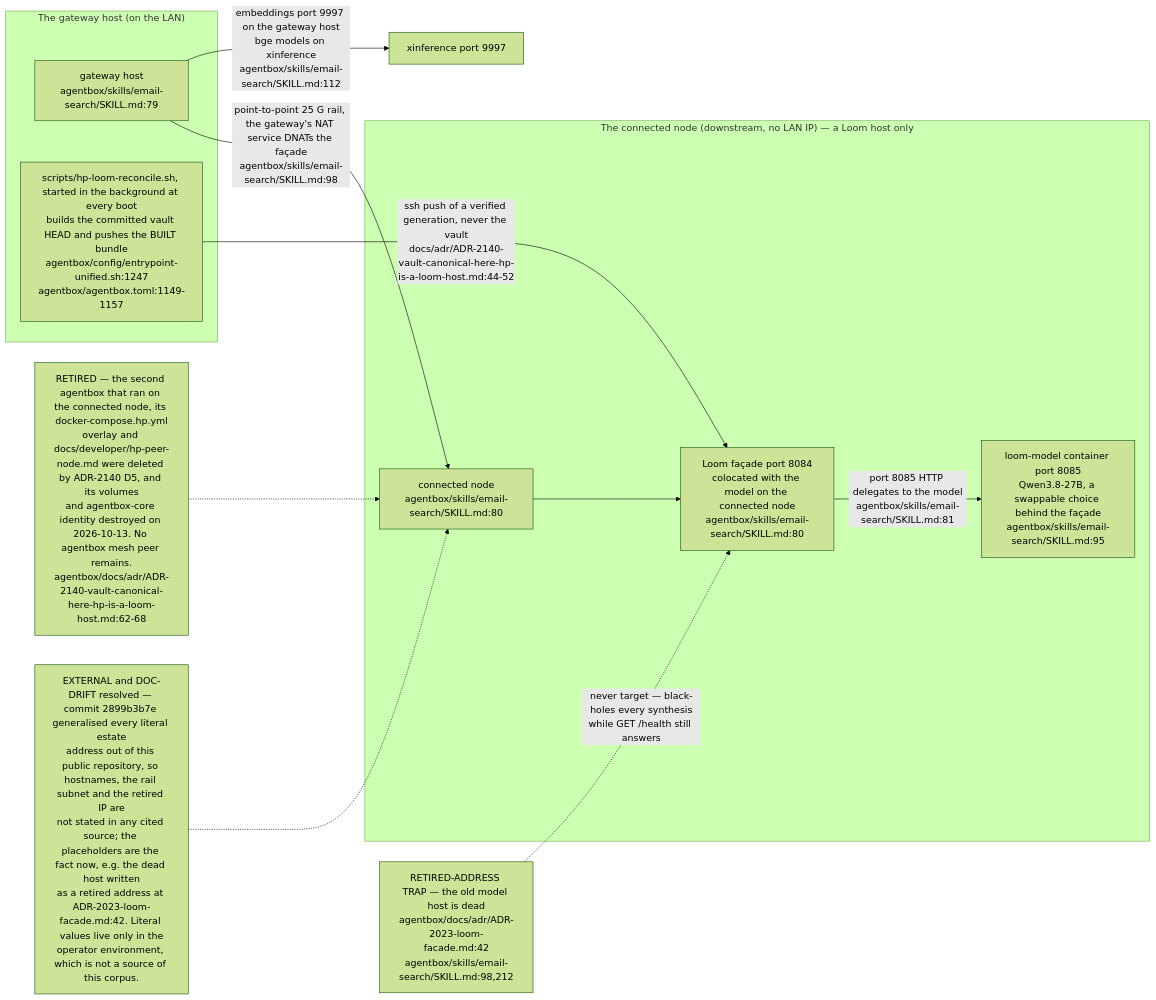
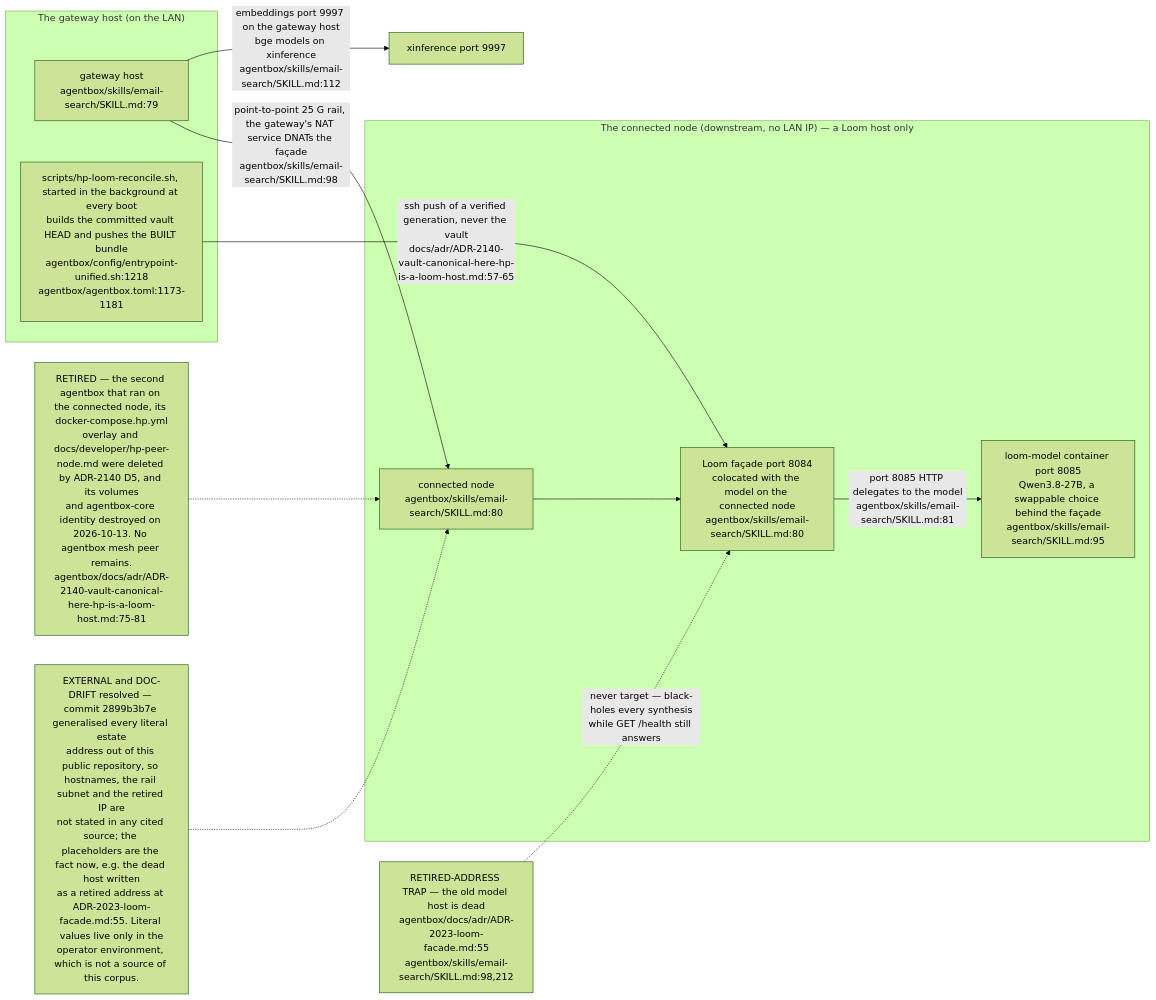
Before and after one commit to DreamLab-AI/VisionFlow: the second of 8 diagrams in docs/diagrams/estate/01-estate-topology.md, drawn with Mermaid (forest theme). The commit also changed other lines of this file and 145 other files, not shown here.

````diff
--- a/docs/diagrams/estate/01-estate-topology.md
+++ b/docs/diagrams/estate/01-estate-topology.md
@@ -100,26 +100,26 @@
 ```mermaid
 flowchart LR
     subgraph ML["The gateway host (on the LAN)"]
         MLHOST["gateway host<br/>agentbox/skills/email-search/SKILL.md:79"]
-        RECON["scripts/hp-loom-reconcile.sh, started in the background at every boot<br/>builds the committed vault HEAD and pushes the BUILT bundle<br/>agentbox/config/entrypoint-unified.sh:1247<br/>agentbox/agentbox.toml:1149-1157"]
+        RECON["scripts/hp-loom-reconcile.sh, started in the background at every boot<br/>builds the committed vault HEAD and pushes the BUILT bundle<br/>agentbox/config/entrypoint-unified.sh:1218<br/>agentbox/agentbox.toml:1173-1181"]
     end
     subgraph HP["The connected node (downstream, no LAN IP) — a Loom host only"]
         HPHOST["connected node<br/>agentbox/skills/email-search/SKILL.md:80"]
         LOOMFACADE["Loom façade port 8084<br/>colocated with the model on the connected node<br/>agentbox/skills/email-search/SKILL.md:80"]
         LOOMMODEL["loom-model container port 8085<br/>Qwen3.8-27B, a swappable choice behind the façade<br/>agentbox/skills/email-search/SKILL.md:95"]
     end
     MLHOST -->|"point-to-point 25 G rail, the gateway's NAT service DNATs the façade<br/>agentbox/skills/email-search/SKILL.md:98"| HPHOST
     HPHOST --> LOOMFACADE
     LOOMFACADE -->|"port 8085 HTTP delegates to the model<br/>agentbox/skills/email-search/SKILL.md:81"| LOOMMODEL
     MLHOST -->|"embeddings port 9997 on the gateway host<br/>bge models on xinference<br/>agentbox/skills/email-search/SKILL.md:112"| XINF["xinference port 9997"]
-    RECON -->|"ssh push of a verified generation, never the vault<br/>docs/adr/ADR-2140-vault-canonical-here-hp-is-a-loom-host.md:44-52"| LOOMFACADE
+    RECON -->|"ssh push of a verified generation, never the vault<br/>docs/adr/ADR-2140-vault-canonical-here-hp-is-a-loom-host.md:57-65"| LOOMFACADE
 
-    DEAD["RETIRED-ADDRESS TRAP — the old model host is dead<br/>agentbox/docs/adr/ADR-2023-loom-facade.md:42<br/>agentbox/skills/email-search/SKILL.md:98,212"]
+    DEAD["RETIRED-ADDRESS TRAP — the old model host is dead<br/>agentbox/docs/adr/ADR-2023-loom-facade.md:55<br/>agentbox/skills/email-search/SKILL.md:98,212"]
     DEAD -.->|"never target — black-holes every synthesis<br/>while GET /health still answers"| LOOMFACADE
 
-    GONE["RETIRED — the second agentbox that ran on the connected node, its docker-compose.hp.yml<br/>overlay and docs/developer/hp-peer-node.md were deleted by ADR-2140 D5, and its volumes<br/>and agentbox-core identity destroyed on 2026-10-13. No agentbox mesh peer remains.<br/>agentbox/docs/adr/ADR-2140-vault-canonical-here-hp-is-a-loom-host.md:62-68"]
+    GONE["RETIRED — the second agentbox that ran on the connected node, its docker-compose.hp.yml<br/>overlay and docs/developer/hp-peer-node.md were deleted by ADR-2140 D5, and its volumes<br/>and agentbox-core identity destroyed on 2026-10-13. No agentbox mesh peer remains.<br/>agentbox/docs/adr/ADR-2140-vault-canonical-here-hp-is-a-loom-host.md:75-81"]
     GONE -.-> HPHOST
 
-    GEN["EXTERNAL and DOC-DRIFT resolved — commit 2899b3b7e generalised every literal estate<br/>address out of this public repository, so hostnames, the rail subnet and the retired IP are<br/>not stated in any cited source; the placeholders are the fact now, e.g. the dead host written<br/>as a retired address at ADR-2023-loom-facade.md:42. Literal values live only in the<br/>operator environment, which is not a source of this corpus."]
+    GEN["EXTERNAL and DOC-DRIFT resolved — commit 2899b3b7e generalised every literal estate<br/>address out of this public repository, so hostnames, the rail subnet and the retired IP are<br/>not stated in any cited source; the placeholders are the fact now, e.g. the dead host written<br/>as a retired address at ADR-2023-loom-facade.md:55. Literal values live only in the<br/>operator environment, which is not a source of this corpus."]
     GEN -.-> HPHOST
 ```
````
